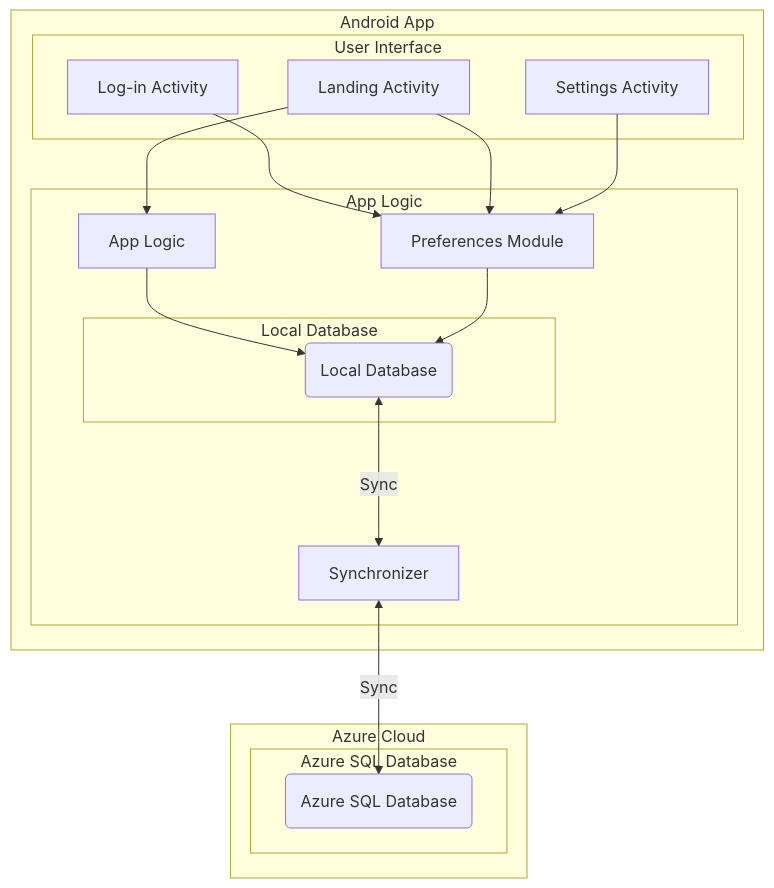
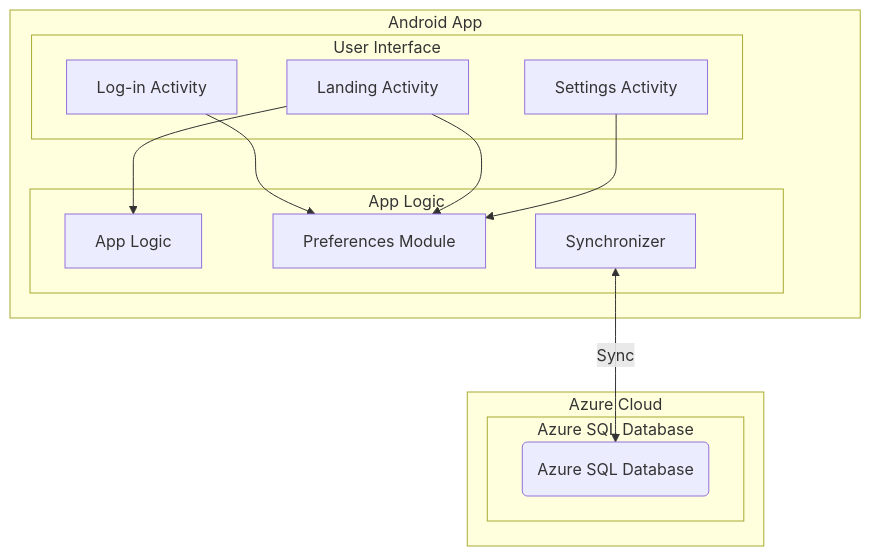
Before and after one commit to DZ-FSDev/The_Y_App: the diagram in README.md, drawn with Mermaid.

````diff
--- a/README.md
+++ b/README.md
@@ -109,32 +109,26 @@
 ```mermaid
 graph TD
   subgraph Android App
     subgraph User Interface
       UI1[Log-in Activity]
       UI2[Landing Activity]
       UI3[Settings Activity]
     end
     subgraph App Logic
       AL1[App Logic]
       AL2[Preferences Module]
       AL3[Synchronizer]
-        subgraph Local Database
-            LD(Local Database)
-        end
     end
   end
   subgraph Azure Cloud
     subgraph Azure SQL Database
       AD(Azure SQL Database)
     end
   end
   UI1 --> AL2
   UI2 --> AL1
   UI2 --> AL2
   UI3 --> AL2
-  AL1 --> LD
-  AL2 --> LD
-  LD <--->|Sync| AL3
   AL3 <-->|Sync| AD
 
 ```
````
